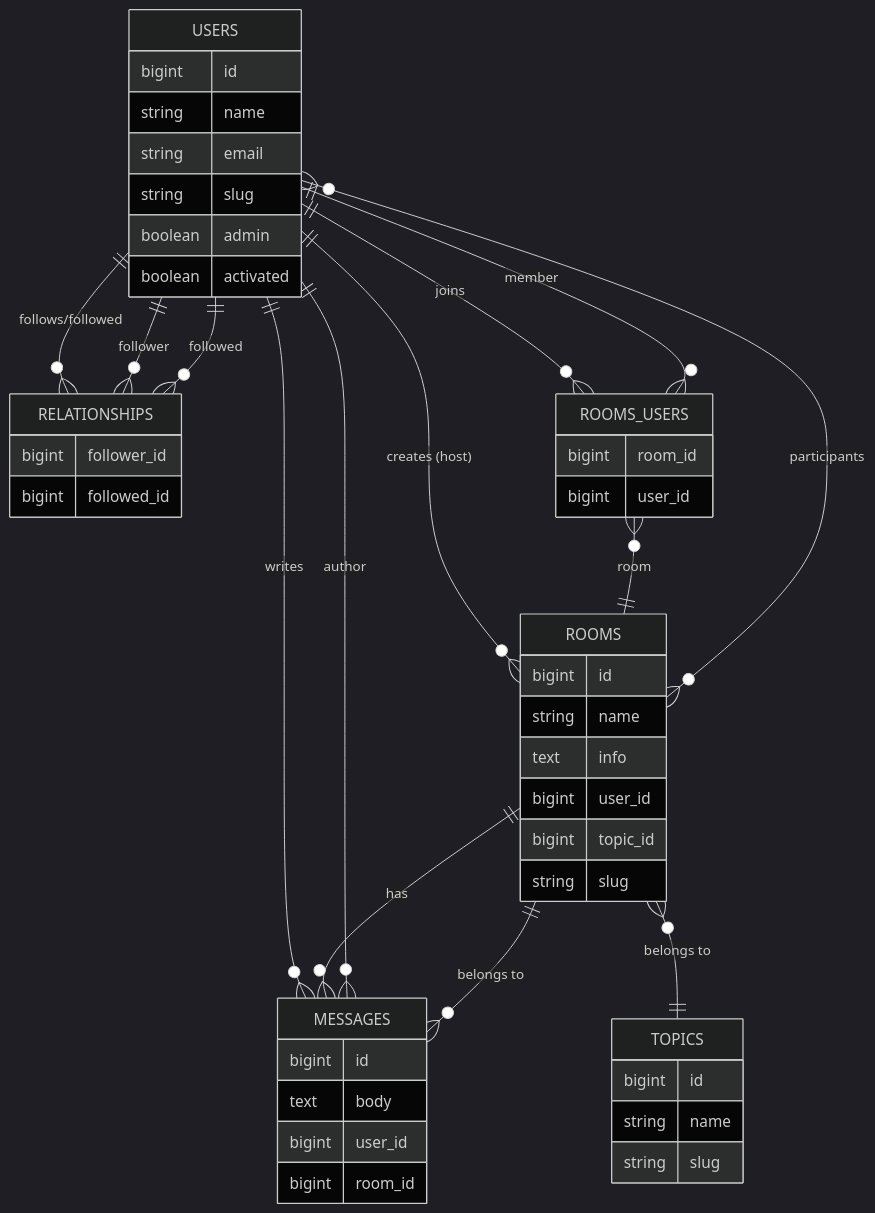
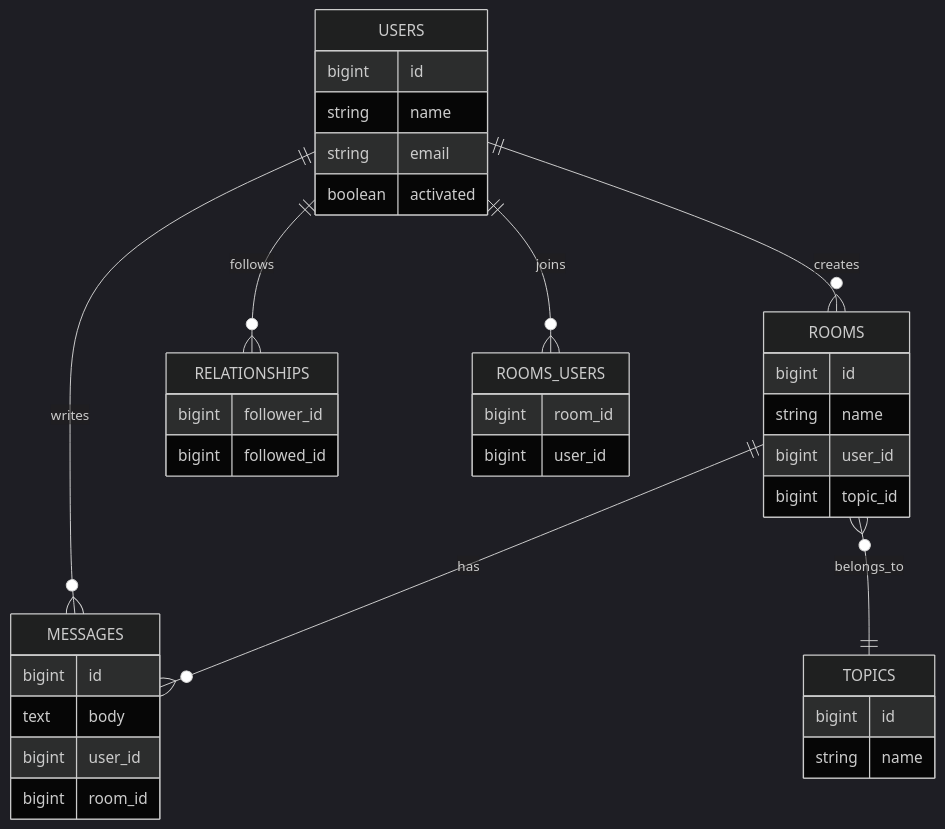
Before and after one commit to ycisir/study_mates: the diagram in README.md, drawn with Mermaid (dark theme). The commit also changed other lines of this file, not shown here.

````diff
--- a/README.md
+++ b/README.md
@@ -19,63 +42,47 @@
 ```mermaid
 erDiagram
 
-  USERS ||--o{ ROOMS : "creates (host)"
-  USERS ||--o{ MESSAGES : "writes"
-  USERS ||--o{ RELATIONSHIPS : "follows/followed"
-  USERS ||--o{ ROOMS_USERS : "joins"
+  USERS ||--o{ ROOMS : creates
+  USERS ||--o{ MESSAGES : writes
+  USERS ||--o{ RELATIONSHIPS : follows
+  USERS ||--o{ ROOMS_USERS : joins
 
-  ROOMS ||--o{ MESSAGES : "has"
-  ROOMS }o--o{ USERS : "participants"
-  ROOMS }o--|| TOPICS : "belongs to"
-
-  MESSAGES }o--|| USERS : "author"
-  MESSAGES }o--|| ROOMS : "belongs to"
-
-  RELATIONSHIPS }o--|| USERS : "follower"
-  RELATIONSHIPS }o--|| USERS : "followed"
-
-  ROOMS_USERS }o--|| USERS : "member"
-  ROOMS_USERS }o--|| ROOMS : "room"
-
+  ROOMS ||--o{ MESSAGES : has
+  ROOMS }o--|| TOPICS : belongs_to
 
   USERS {
     bigint id
     string name
     string email
-    string slug
-    boolean admin
     boolean activated
   }
 
   ROOMS {
     bigint id
     string name
-    text info
     bigint user_id
     bigint topic_id
-    string slug
   }
 
   TOPICS {
     bigint id
     string name
-    string slug
   }
 
   MESSAGES {
     bigint id
     text body
     bigint user_id
     bigint room_id
   }
 
   RELATIONSHIPS {
     bigint follower_id
     bigint followed_id
   }
 
   ROOMS_USERS {
     bigint room_id
     bigint user_id
   }
   ```
````
